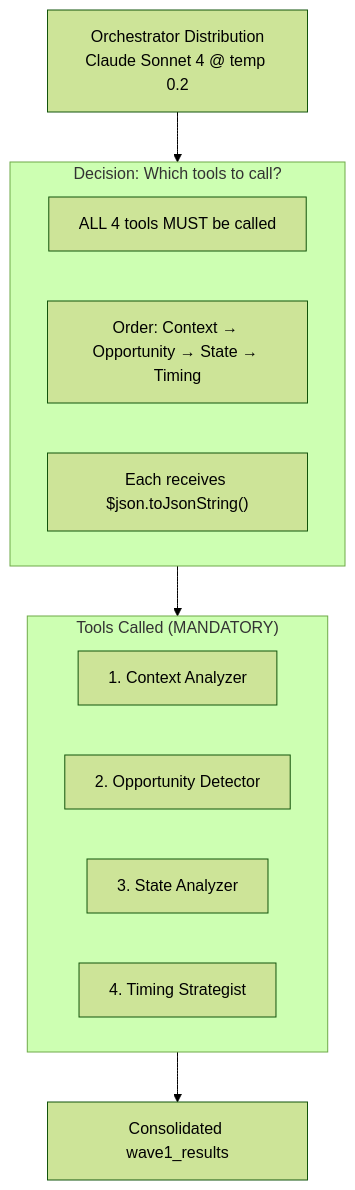
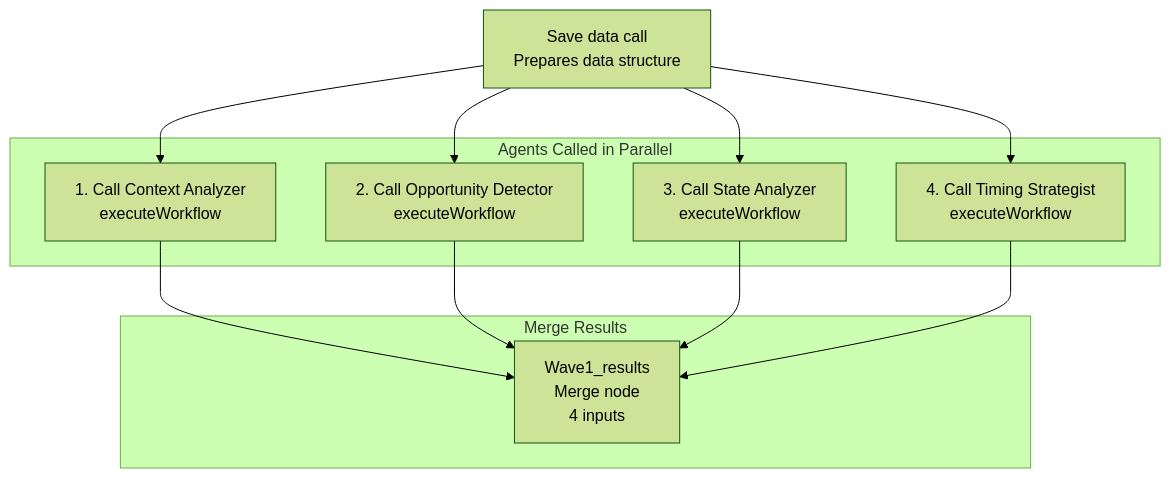
Before and after one commit to damianstetsonair/sales-n8n-ia: the seventh of 17 diagrams in WORKFLOW-DIAGRAM.md, drawn with Mermaid (forest theme). The commit also changed other lines of this file and 8 other files, not shown here.

Commit message:
update flows based in parallel workflow

````diff
--- a/WORKFLOW-DIAGRAM.md
+++ b/WORKFLOW-DIAGRAM.md
@@ -551,20 +536,18 @@
 ```mermaid
 flowchart TB
-    OD["Orchestrator Distribution<br/>Claude Sonnet 4 @ temp 0.2"]
+    SDC["Save data call<br/>Prepares data structure"]
 
-    subgraph TOOLS["Tools Called (MANDATORY)"]
-        T1["1. Context Analyzer"]
-        T2["2. Opportunity Detector"]
-        T3["3. State Analyzer"]
-        T4["4. Timing Strategist"]
+    subgraph TOOLS["Agents Called in Parallel"]
+        T1["1. Call Context Analyzer<br/>executeWorkflow"]
+        T2["2. Call Opportunity Detector<br/>executeWorkflow"]
+        T3["3. Call State Analyzer<br/>executeWorkflow"]
+        T4["4. Call Timing Strategist<br/>executeWorkflow"]
     end
 
-    subgraph DECISION["Decision: Which tools to call?"]
-        D1["ALL 4 tools MUST be called"]
-        D2["Order: Context → Opportunity → State → Timing"]
-        D3["Each receives $json.toJsonString()"]
+    subgraph MERGE["Merge Results"]
+        M1["Wave1_results<br/>Merge node<br/>4 inputs"]
     end
 
-    OD --> DECISION --> TOOLS
-    TOOLS --> OUT["Consolidated wave1_results"]
+    SDC --> T1 & T2 & T3 & T4
+    T1 & T2 & T3 & T4 --> M1
 ```
````
